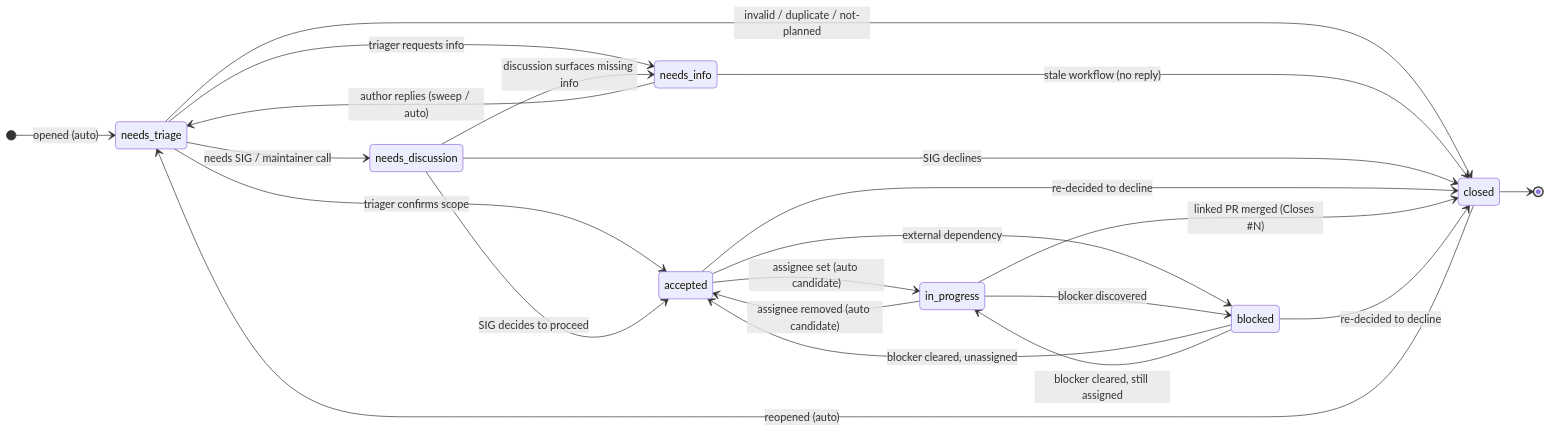
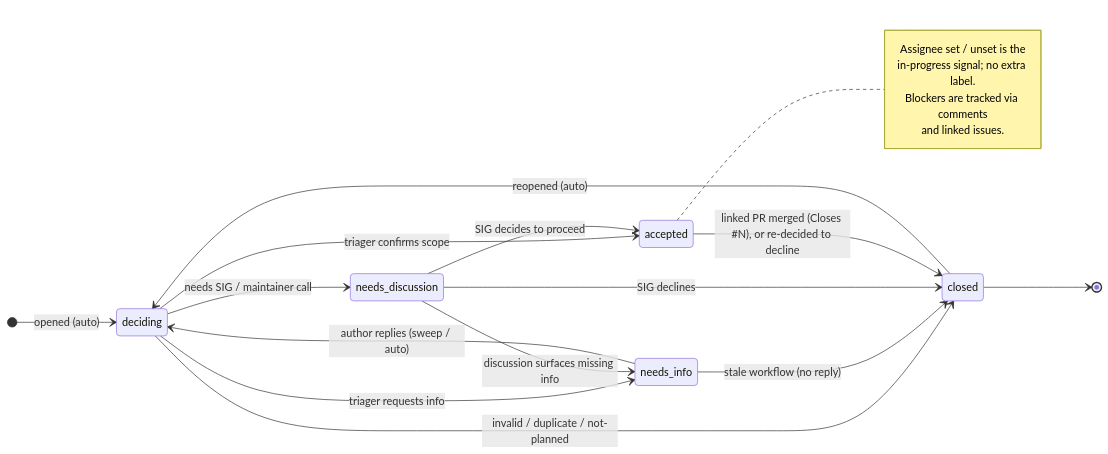
Before and after one commit to open-telemetry/otel-arrow: the diagram in ISSUE_TRIAGE.md, drawn with Mermaid. The commit also changed other lines of this file, not shown here.

Commit message:
docs(triage): Update issue triage process to clarify label usage and roles

````diff
--- a/ISSUE_TRIAGE.md
+++ b/ISSUE_TRIAGE.md
@@ -125,32 +138,29 @@
 ```mermaid
 stateDiagram-v2
     direction LR
-    [*] --> needs_triage : opened (auto)
+    [*] --> deciding : opened (auto)
 
-    needs_triage --> accepted          : triager confirms scope
-    needs_triage --> needs_info        : triager requests info
-    needs_triage --> needs_discussion  : needs SIG / maintainer call
-    needs_triage --> closed            : invalid / duplicate / not-planned
+    deciding --> accepted          : triager confirms scope
+    deciding --> needs_info        : triager requests info
+    deciding --> needs_discussion  : needs SIG / maintainer call
+    deciding --> closed            : invalid / duplicate / not-planned
 
-    needs_info --> needs_triage        : author replies (sweep / auto)
-    needs_info --> closed              : stale workflow (no reply)
+    needs_info --> deciding        : author replies (sweep / auto)
+    needs_info --> closed          : stale workflow (no reply)
 
-    needs_discussion --> accepted      : SIG decides to proceed
-    needs_discussion --> needs_info    : discussion surfaces missing info
-    needs_discussion --> closed        : SIG declines
+    needs_discussion --> accepted  : SIG decides to proceed
+    needs_discussion --> needs_info : discussion surfaces missing info
+    needs_discussion --> closed    : SIG declines
 
-    accepted --> in_progress           : assignee set (auto candidate)
-    accepted --> blocked               : external dependency
-    accepted --> closed                : re-decided to decline
+    accepted --> closed            : linked PR merged (Closes #N), or re-decided to decline
 
-    in_progress --> accepted           : assignee removed (auto candidate)
-    in_progress --> blocked            : blocker discovered
-    in_progress --> closed             : linked PR merged (Closes #N)
+    closed --> deciding            : reopened (auto)
+    closed --> [*]
 
-    blocked --> accepted               : blocker cleared, unassigned
-    blocked --> in_progress            : blocker cleared, still assigned
-    blocked --> closed                 : re-decided to decline
-
-    closed --> needs_triage            : reopened (auto)
-    closed --> [*]
+    note right of accepted
+        Assignee set / unset is the
+        in-progress signal; no extra label.
+        Blockers are tracked via comments
+        and linked issues.
+    end note
 ```
````
